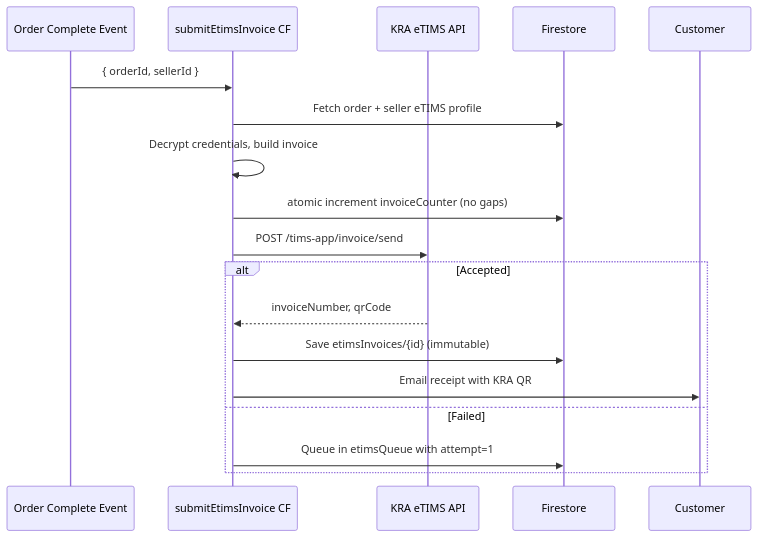
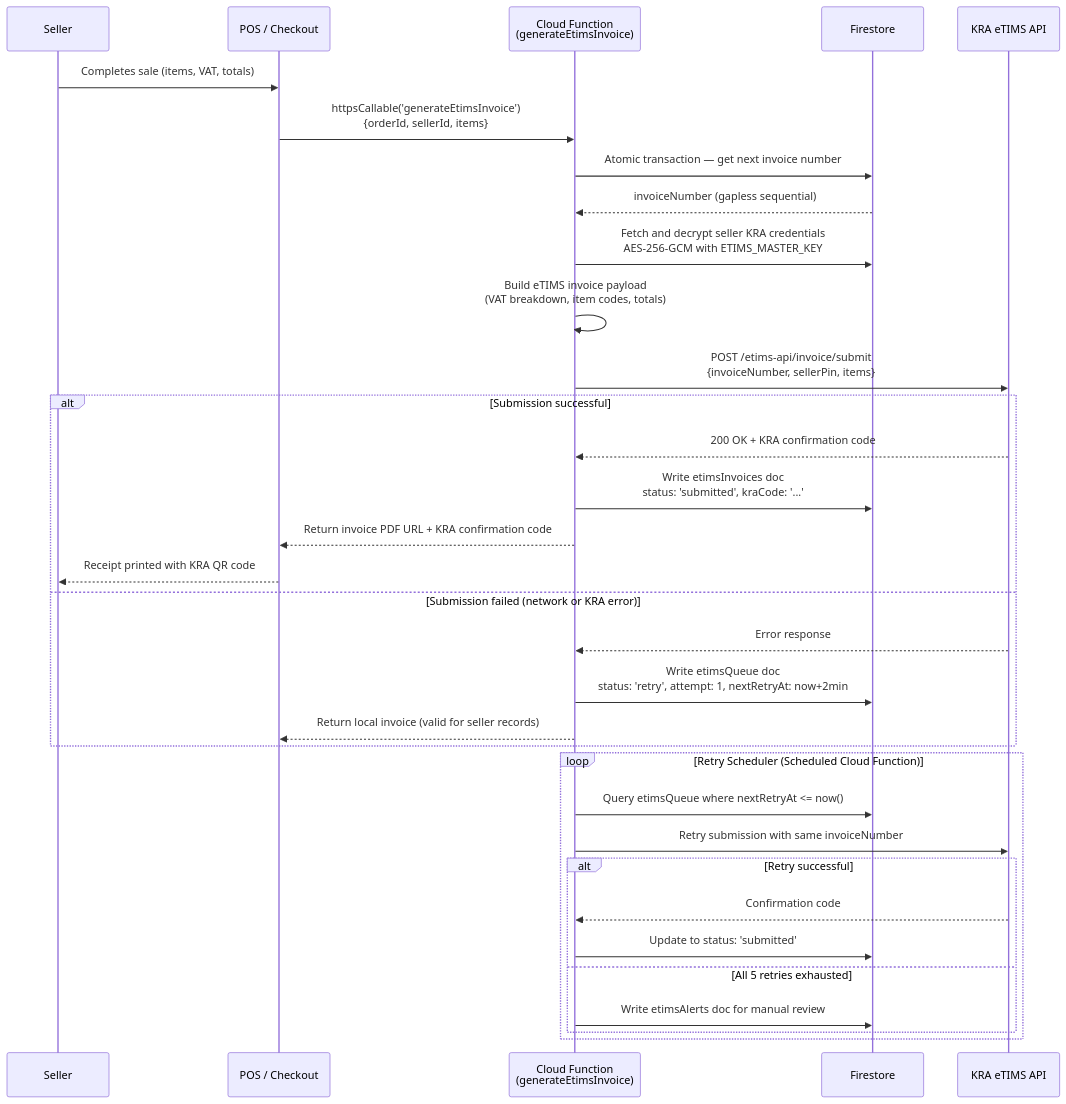
Before and after one commit to ogutualex824-sketch/Sokoni: the second of 2 diagrams in docs/vol-16-apis-integrations.md, drawn with Mermaid. The commit also changed other lines of this file, not shown here.

Commit message:
docs(vol-16): Expand APIs & Integrations — 1,036 lines with full code examples and Mermaid diagrams

````diff
--- a/docs/vol-16-apis-integrations.md
+++ b/docs/vol-16-apis-integrations.md
@@ -261,20 +451,36 @@
 ```mermaid
 sequenceDiagram
-  participant Order Complete Event
-  participant submitEtimsInvoice CF
-  participant KRA eTIMS API
-  participant Firestore
+    participant Seller
+    participant POS as POS / Checkout
+    participant CF as Cloud Function<br/>(generateEtimsInvoice)
+    participant Firestore
+    participant KRA as KRA eTIMS API
 
-  Order Complete Event->>submitEtimsInvoice CF: { orderId, sellerId }
-  submitEtimsInvoice CF->>Firestore: Fetch order + seller eTIMS profile
-  submitEtimsInvoice CF->>submitEtimsInvoice CF: Decrypt credentials, build invoice
-  submitEtimsInvoice CF->>Firestore: atomic increment invoiceCounter (no gaps)
-  submitEtimsInvoice CF->>KRA eTIMS API: POST /tims-app/invoice/send
-  alt Accepted
-    KRA eTIMS API-->>submitEtimsInvoice CF: invoiceNumber, qrCode
-    submitEtimsInvoice CF->>Firestore: Save etimsInvoices/{id} (immutable)
-    submitEtimsInvoice CF->>Customer: Email receipt with KRA QR
-  else Failed
-    submitEtimsInvoice CF->>Firestore: Queue in etimsQueue with attempt=1
-  end
+    Seller->>POS: Completes sale (items, VAT, totals)
+    POS->>CF: httpsCallable('generateEtimsInvoice')<br/>{orderId, sellerId, items}
+    CF->>Firestore: Atomic transaction — get next invoice number
+    Firestore-->>CF: invoiceNumber (gapless sequential)
+    CF->>Firestore: Fetch and decrypt seller KRA credentials<br/>AES-256-GCM with ETIMS_MASTER_KEY
+    CF->>CF: Build eTIMS invoice payload<br/>(VAT breakdown, item codes, totals)
+    CF->>KRA: POST /etims-api/invoice/submit<br/>{invoiceNumber, sellerPin, items}
+    alt Submission successful
+        KRA-->>CF: 200 OK + KRA confirmation code
+        CF->>Firestore: Write etimsInvoices doc<br/>status: 'submitted', kraCode: '...'
+        CF-->>POS: Return invoice PDF URL + KRA confirmation code
+        POS-->>Seller: Receipt printed with KRA QR code
+    else Submission failed (network or KRA error)
+        KRA-->>CF: Error response
+        CF->>Firestore: Write etimsQueue doc<br/>status: 'retry', attempt: 1, nextRetryAt: now+2min
+        CF-->>POS: Return local invoice (valid for seller records)
+    end
+    loop Retry Scheduler (Scheduled Cloud Function)
+        CF->>Firestore: Query etimsQueue where nextRetryAt <= now()
+        CF->>KRA: Retry submission with same invoiceNumber
+        alt Retry successful
+            KRA-->>CF: Confirmation code
+            CF->>Firestore: Update to status: 'submitted'
+        else All 5 retries exhausted
+            CF->>Firestore: Write etimsAlerts doc for manual review
+        end
+    end
 ```
````
